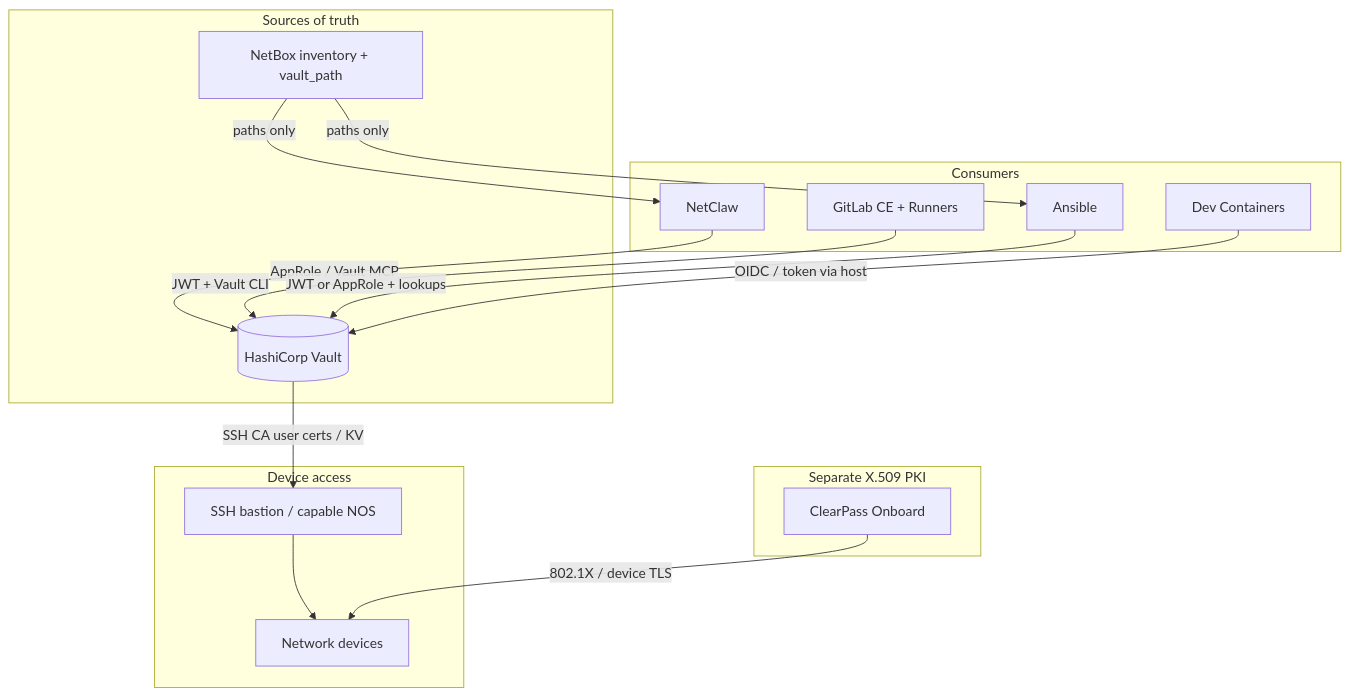
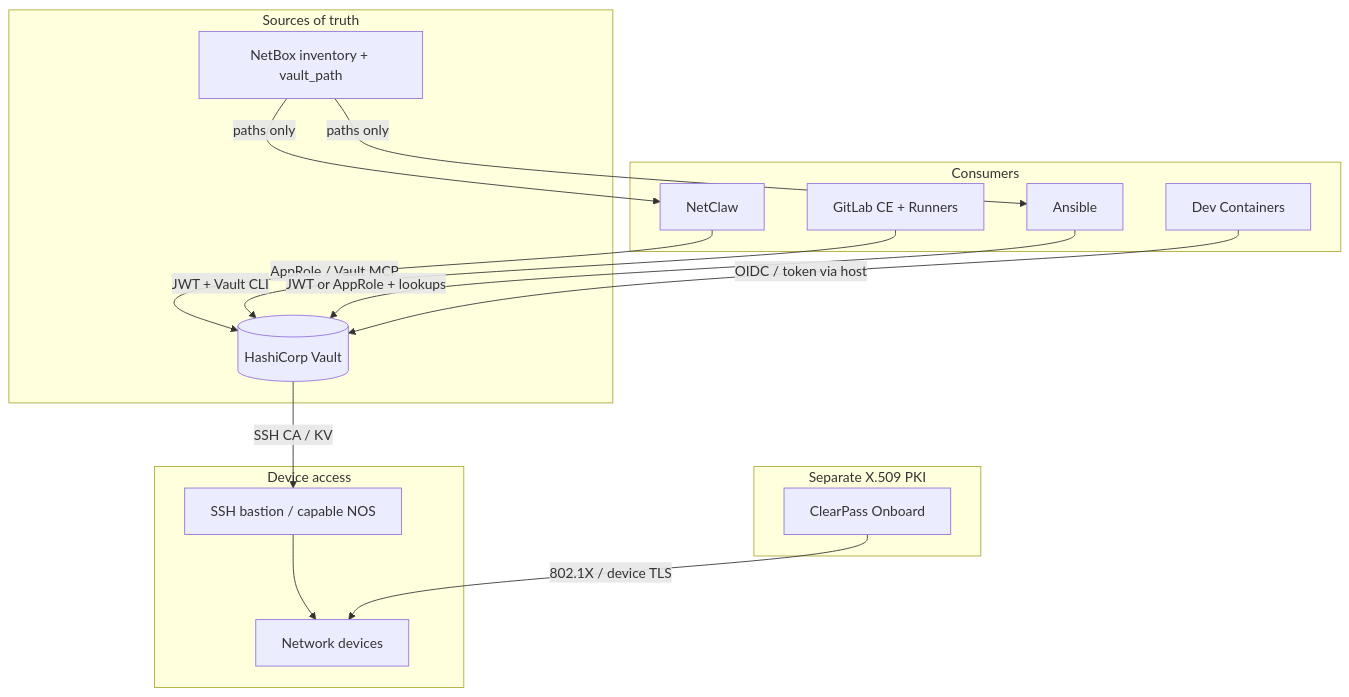
One commit to j-munroe/NetClaw-Production-Install-Guide changed the second of 2 diagrams in README.md. Above: the diagram before and after it, drawn with Mermaid. The commit also changed other lines of this file and 22 other files, not shown here.

First line of the commit message:
Refactor documentation flow with hub and sequential nav

````diff
--- a/README.md
+++ b/README.md
@@ -29,33 +41,33 @@
 ```mermaid
 flowchart TB
   subgraph consumers [Consumers]
     NC[NetClaw]
     GL[GitLab CE + Runners]
     AN[Ansible]
     DC[Dev Containers]
   end
 
   subgraph sot [Sources of truth]
     NB[NetBox inventory + vault_path]
     V[(HashiCorp Vault)]
   end
 
   subgraph access [Device access]
     B[SSH bastion / capable NOS]
     D[Network devices]
   end
 
   subgraph pki [Separate X.509 PKI]
     CP[ClearPass Onboard]
   end
 
   NC -->|AppRole / Vault MCP| V
   GL -->|JWT + Vault CLI| V
   AN -->|JWT or AppRole + lookups| V
   DC -->|OIDC / token via host| V
   NB -->|paths only| NC
   NB -->|paths only| AN
-  V -->|SSH CA user certs / KV| B
+  V -->|SSH CA / KV| B
   B --> D
   CP -->|802.1X / device TLS| D
 ```
````
